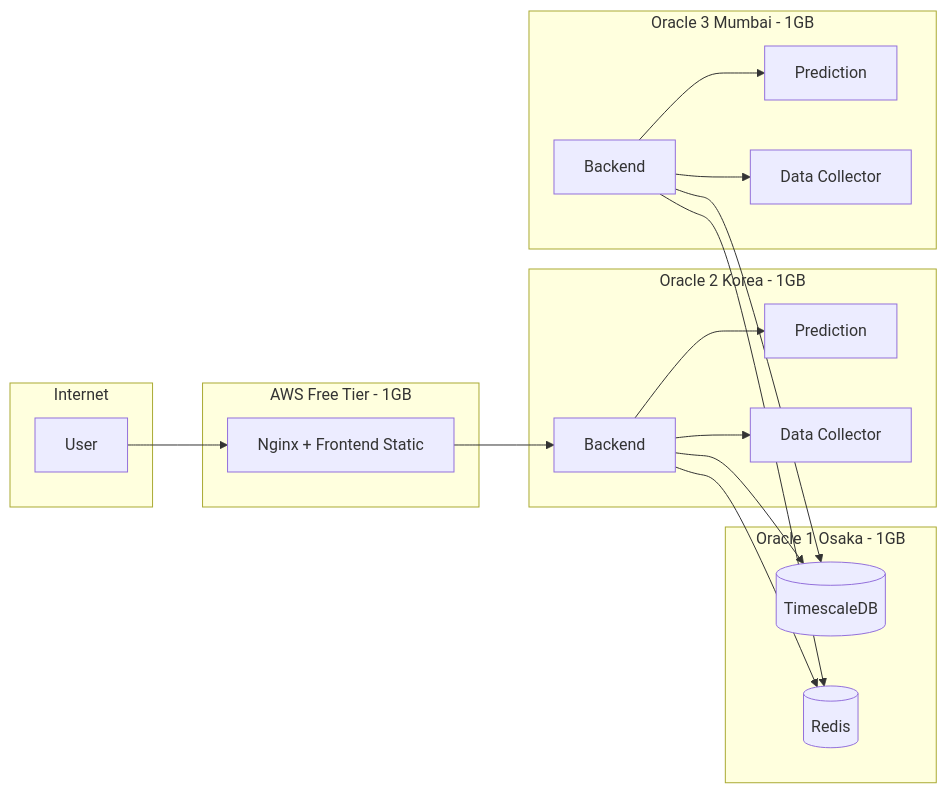
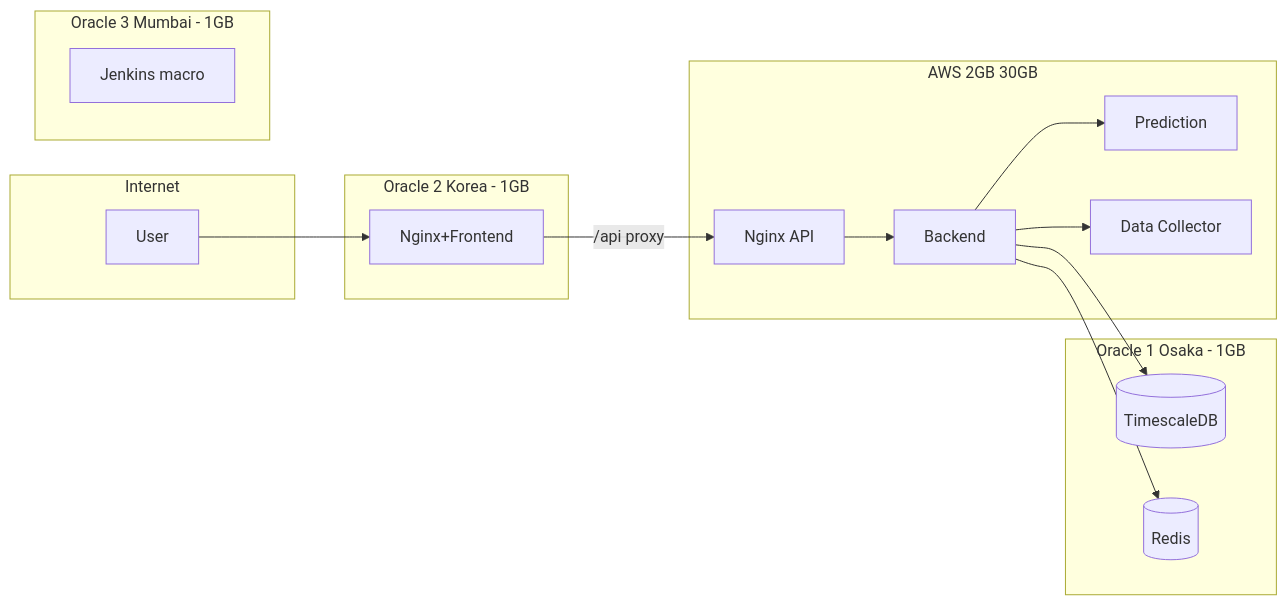
The diagram in docs/06-deployment/05-multi-vps-oracle-aws-cicd.md (Layton0-0/investment-backend), drawn with Mermaid before and after one commit. The commit also changed other lines of this file and 7 other files, not shown here.

````diff
--- a/docs/06-deployment/05-multi-vps-oracle-aws-cicd.md
+++ b/docs/06-deployment/05-multi-vps-oracle-aws-cicd.md
@@ -46,33 +52,29 @@
 ```mermaid
 flowchart LR
   subgraph internet [Internet]
     User[User]
   end
-  subgraph aws [AWS Free Tier - 1GB]
-    Nginx[Nginx + Frontend Static]
-  end
   subgraph oracle2 [Oracle 2 Korea - 1GB]
-    Backend2[Backend]
-    Pred2[Prediction]
-    Collector2[Data Collector]
+    NginxApp2[Nginx+Frontend]
   end
   subgraph oracle3 [Oracle 3 Mumbai - 1GB]
-    Backend3[Backend]
-    Pred3[Prediction]
-    Collector3[Data Collector]
+    Jenkins[Jenkins macro]
+  end
+  subgraph aws [AWS 2GB 30GB]
+    NginxApi[Nginx API]
+    Backend[Backend]
+    Pred[Prediction]
+    Collector[Data Collector]
   end
   subgraph oracle1 [Oracle 1 Osaka - 1GB]
     DB[(TimescaleDB)]
     Redis[(Redis)]
   end
-  User --> Nginx
-  Nginx --> Backend2
-  Backend2 --> DB
-  Backend2 --> Redis
-  Backend2 --> Pred2
-  Backend2 --> Collector2
-  Backend3 --> DB
-  Backend3 --> Redis
-  Backend3 --> Pred3
-  Backend3 --> Collector3
+  User --> NginxApp2
+  NginxApp2 -->|"/api proxy"| NginxApi
+  NginxApi --> Backend
+  Backend --> DB
+  Backend --> Redis
+  Backend --> Pred
+  Backend --> Collector
 ```
````
